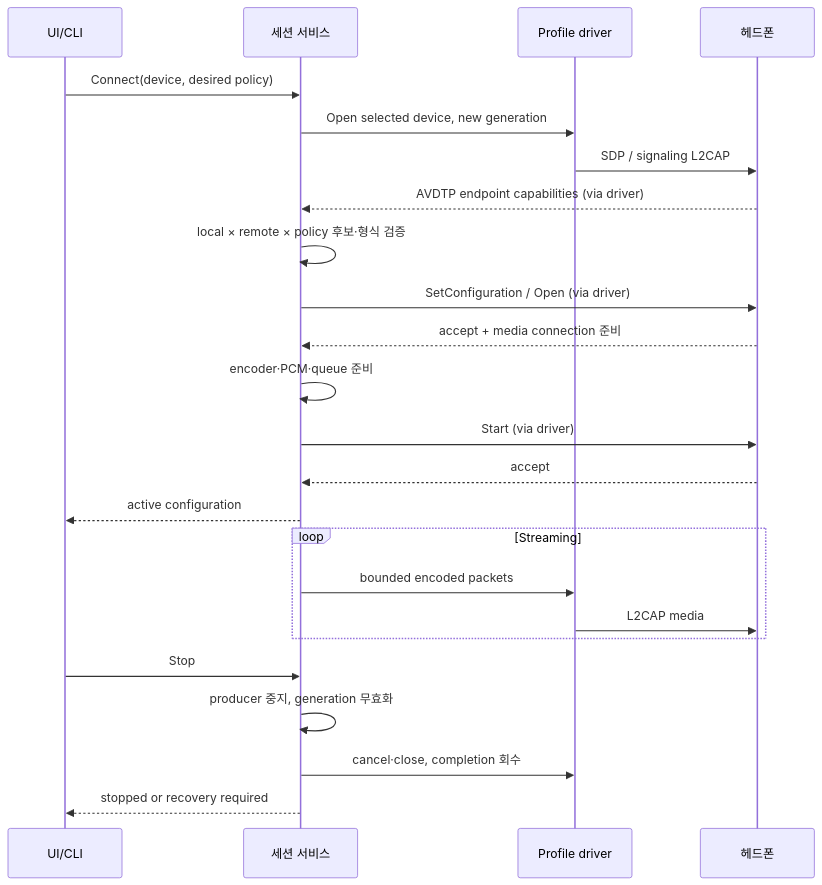
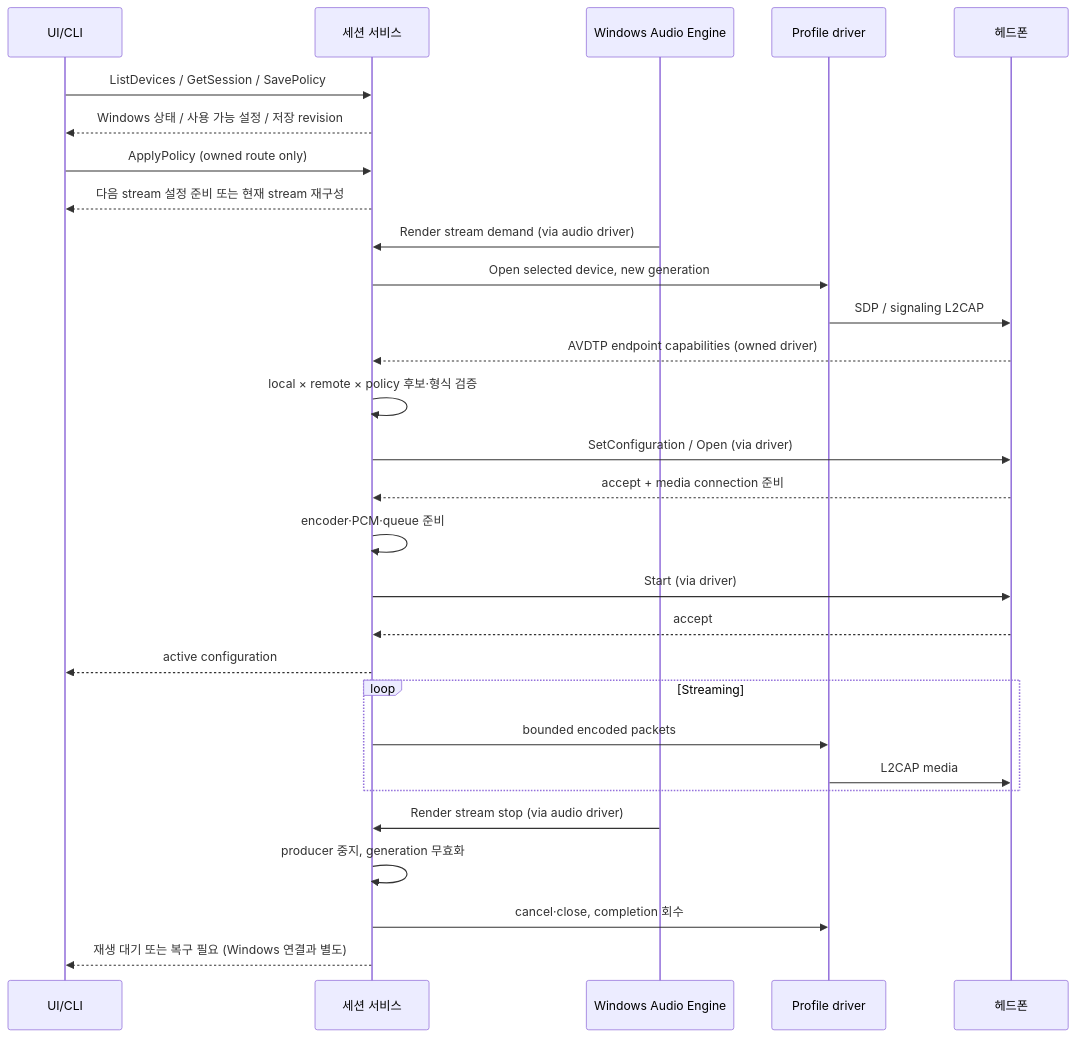
The second of 2 diagrams in docs/architecture.md (dydtjr1128/A2DP-for-Windows), drawn with Mermaid before and after one commit. The commit also changed other lines of this file and 15 other files, not shown here.

````diff
--- a/docs/architecture.md
+++ b/docs/architecture.md
@@ -91,26 +97,31 @@
 ```mermaid
 sequenceDiagram
     participant UI as UI/CLI
     participant S as 세션 서비스
+    participant A as Windows Audio Engine
     participant D as Profile driver
     participant H as 헤드폰
-    UI->>S: Connect(device, desired policy)
+    UI->>S: ListDevices / GetSession / SavePolicy
+    S-->>UI: Windows 상태 / 사용 가능 설정 / 저장 revision
+    UI->>S: ApplyPolicy (owned route only)
+    S-->>UI: 다음 stream 설정 준비 또는 현재 stream 재구성
+    A->>S: Render stream demand (via audio driver)
     S->>D: Open selected device, new generation
     D->>H: SDP / signaling L2CAP
-    H-->>S: AVDTP endpoint capabilities (via driver)
+    H-->>S: AVDTP endpoint capabilities (owned driver)
     S->>S: local × remote × policy 후보·형식 검증
     S->>H: SetConfiguration / Open (via driver)
     H-->>S: accept + media connection 준비
     S->>S: encoder·PCM·queue 준비
     S->>H: Start (via driver)
     H-->>S: accept
     S-->>UI: active configuration
     loop Streaming
         S->>D: bounded encoded packets
         D->>H: L2CAP media
     end
-    UI->>S: Stop
+    A->>S: Render stream stop (via audio driver)
     S->>S: producer 중지, generation 무효화
     S->>D: cancel·close, completion 회수
-    S-->>UI: stopped or recovery required
+    S-->>UI: 재생 대기 또는 복구 필요 (Windows 연결과 별도)
 ```
````
